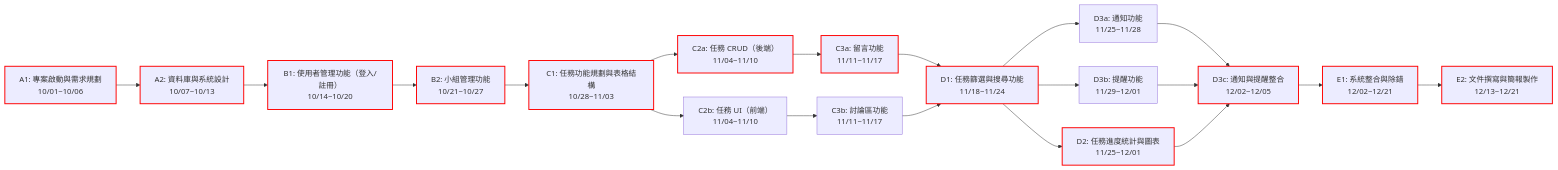
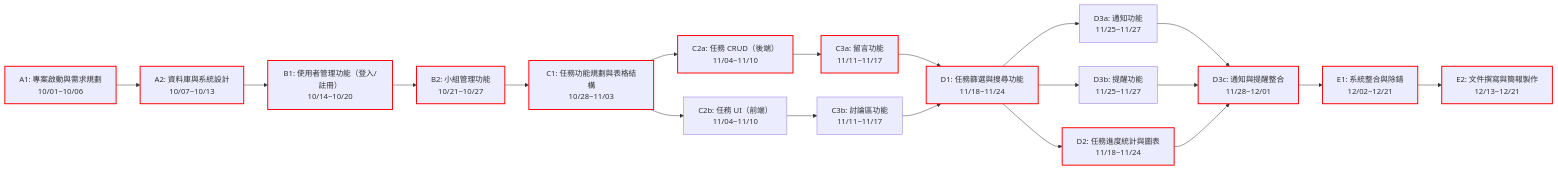
One commit to zhuang147/Task-Management changed the second of 2 diagrams in 草稿.md. Above: the diagram before and after it, drawn with Mermaid.

````diff
--- a/草稿.md
+++ b/草稿.md
@@ -66,39 +66,39 @@
 ```mermaid
 flowchart LR
     %% 定義紅色線條 class
     classDef redLine stroke:#ff0000,stroke-width:2px;
 
     %% 階段一
     A1["A1: 專案啟動與需求規劃<br>10/01~10/06"] --> A2["A2: 資料庫與系統設計<br>10/07~10/13"]
 
     %% 階段二
     A2 --> B1["B1: 使用者管理功能（登入/註冊）<br>10/14~10/20"]
     B1 --> B2["B2: 小組管理功能<br>10/21~10/27"]
 
     %% 階段三
     B2 --> C1["C1: 任務功能規劃與表格結構<br>10/28~11/03"]
     C1 --> C2a["C2a: 任務 CRUD（後端）<br>11/04~11/10"]
     C1 --> C2b["C2b: 任務 UI（前端）<br>11/04~11/10"]
     C2a --> C3a["C3a: 留言功能<br>11/11~11/17"]
     C2b --> C3b["C3b: 討論區功能<br>11/11~11/17"]
 
     %% 階段四
     C3a --> D1["D1: 任務篩選與搜尋功能<br>11/18~11/24"]
     C3b --> D1
-    D1 --> D2["D2: 任務進度統計與圖表<br>11/25~12/01"]
-    D1 --> D3a["D3a: 通知功能<br>11/25~11/28"]
-    D1 --> D3b["D3b: 提醒功能<br>11/29~12/01"]
+    D1 --> D2["D2: 任務進度統計與圖表<br>11/18~11/24"]
+    D1 --> D3a["D3a: 通知功能<br>11/25~11/27"]
+    D1 --> D3b["D3b: 提醒功能<br>11/25~11/27"]
 
     %% D2 也連到 D3c
-    D3a --> D3c["D3c: 通知與提醒整合<br>12/02~12/05"]
+    D3a --> D3c["D3c: 通知與提醒整合<br>11/28~12/01"]
     D3b --> D3c
     D2 --> D3c
 
     %% 階段五
     D3c --> E1["E1: 系統整合與除錯<br>12/02~12/21"]
     E1 --> E2["E2: 文件撰寫與簡報製作<br>12/13~12/21"]
 
     %% 標記紅線 (關鍵路徑)
     class A1,A2,B1,B2,C1,C2a,C3a,D1,D2,D3c,E1,E2 redLine;
 
 ```
````
